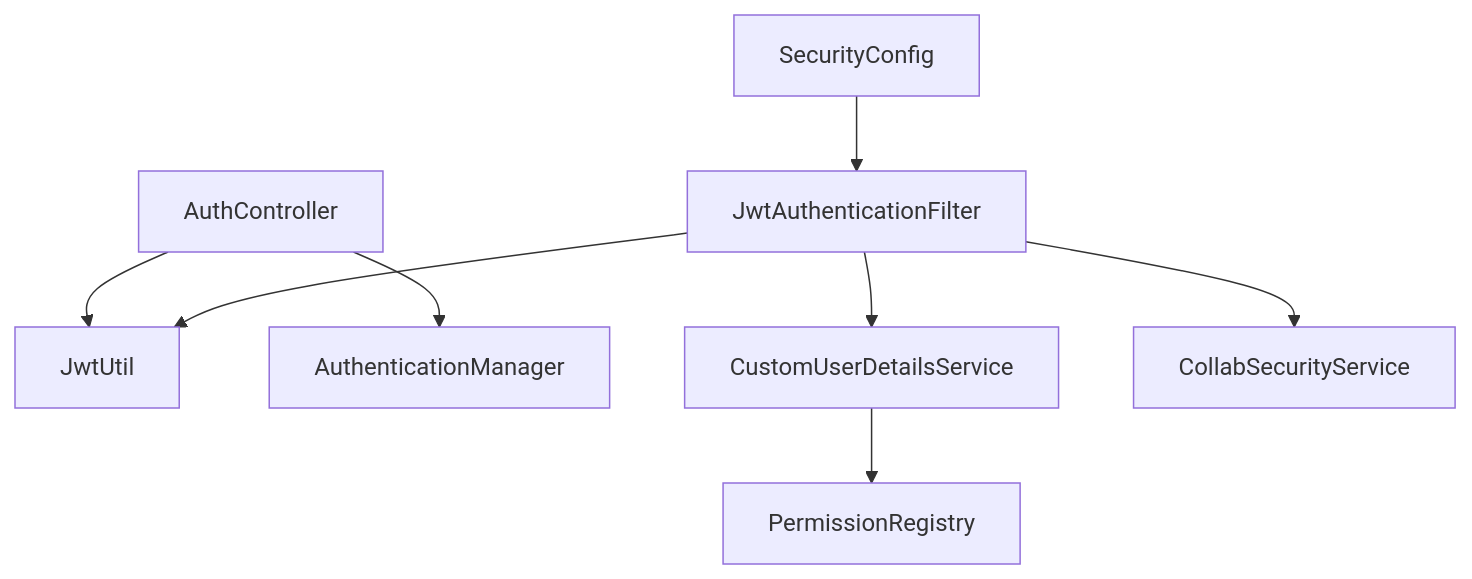
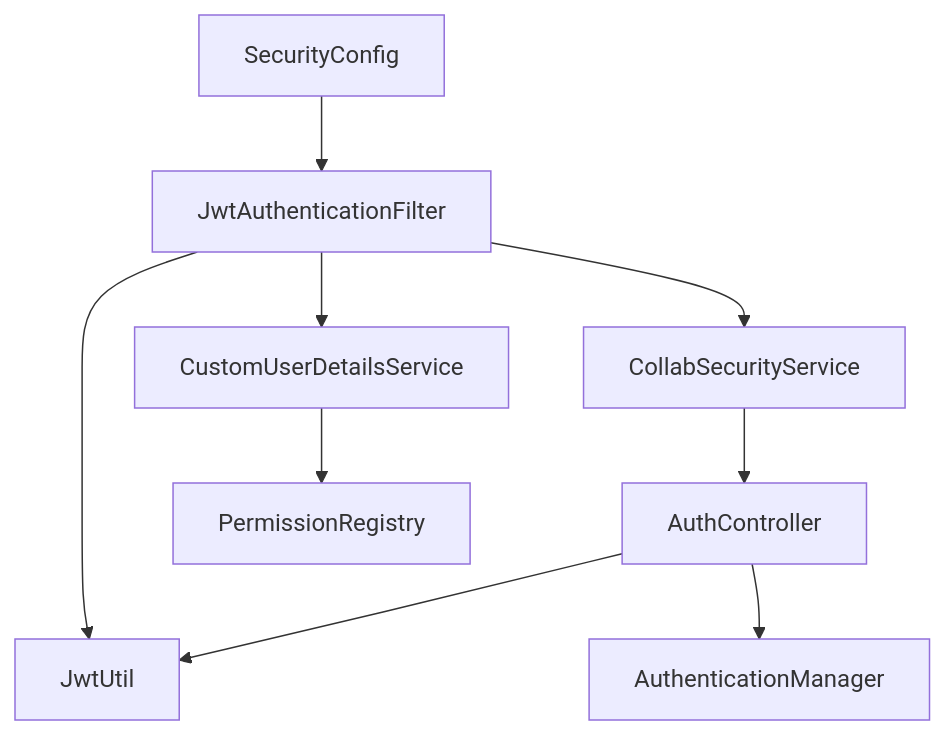
The ninth of 12 diagrams in .qoder/repowiki/en/content/Authentication & Authorization/JWT Implementation.md (bo961386926/Survey-App), drawn with Mermaid before and after one commit. The commit also changed other lines of this file and 25 other files, not shown here.

````diff
--- a/.qoder/repowiki/en/content/Authentication & Authorization/JWT Implementation.md
+++ b/.qoder/repowiki/en/content/Authentication & Authorization/JWT Implementation.md
@@ -435,10 +459,11 @@
 ```mermaid
 graph TB
 AC["AuthController"] --> JU["JwtUtil"]
 AC --> AM["AuthenticationManager"]
 JAF["JwtAuthenticationFilter"] --> JU
 JAF --> CUS["CustomUserDetailsService"]
 JAF --> CSS["CollabSecurityService"]
 SC["SecurityConfig"] --> JAF
 CUS --> PR["PermissionRegistry"]
+CSS --> AC
 ```
````
